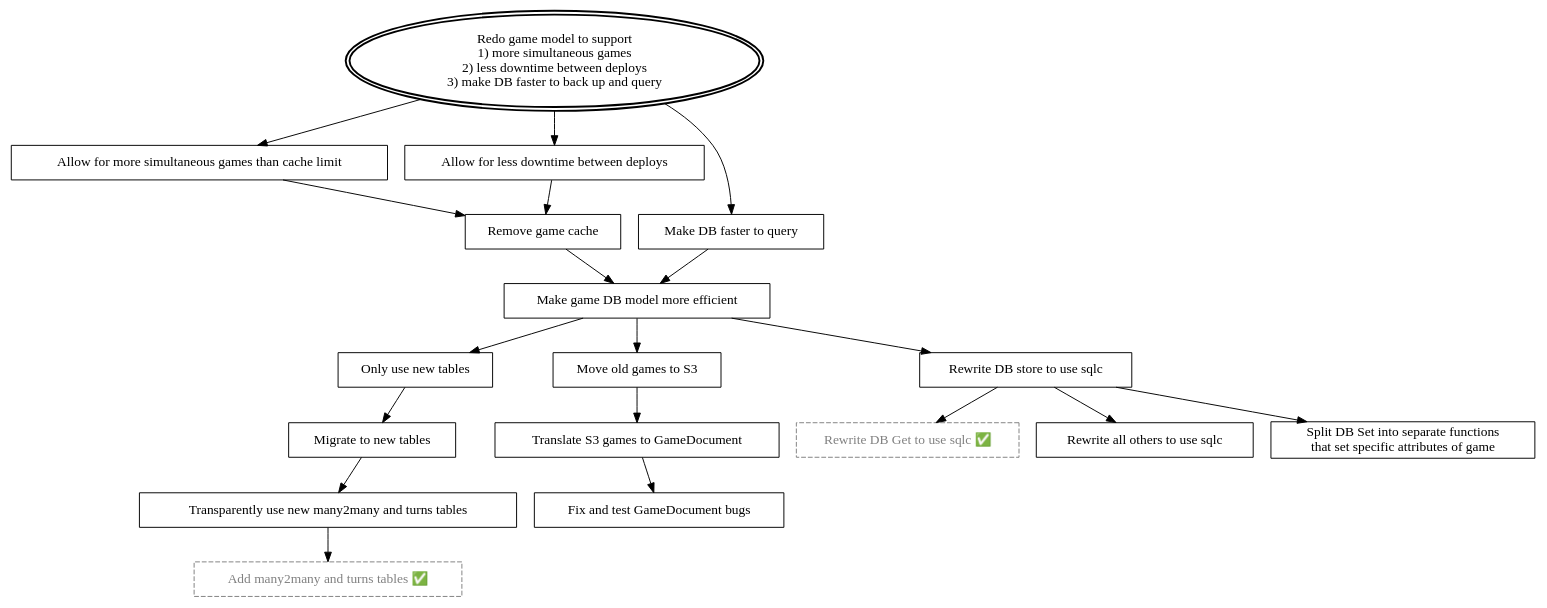
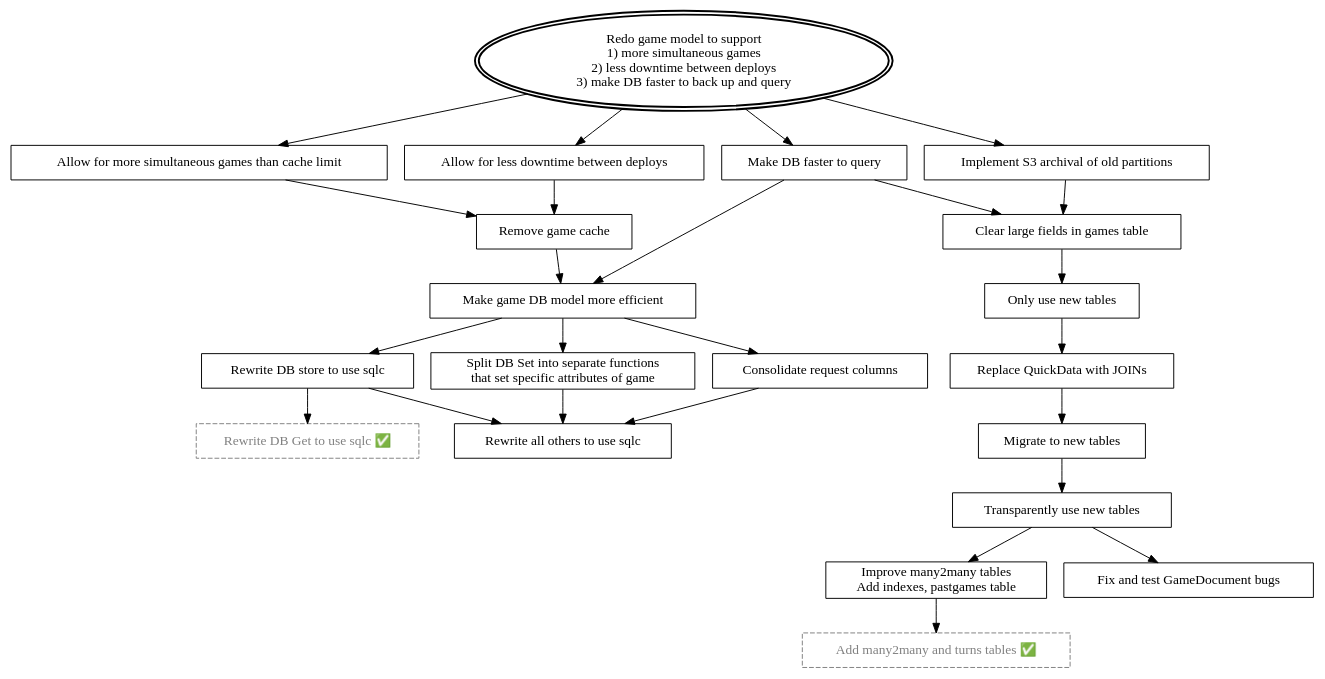
One commit to woogles-io/liwords changed the diagram in docs/mikado/remove-game-caches.dot. Above: the diagram before and after it, drawn with Graphviz. The commit also changed 32 other files, not shown here.

```diff
--- a/docs/mikado/remove-game-caches.dot
+++ b/docs/mikado/remove-game-caches.dot
@@ -1,52 +1,63 @@
 digraph RedoGameModel {
     Goal [label="Redo game model to support\n1) more simultaneous games\n2) less downtime between deploys\n3) make DB faster to back up and query";
     shape=oval, peripheries=2, style=bold];
 
     // Define a reusable style for "checked nodes"  ✅
     node [shape=box, color=gray, fontcolor=gray, style=dashed];
     DBGet [label="Rewrite DB Get to use sqlc ✅"];
     AddOtherTables [label="Add many2many and turns tables ✅"];
 
     // Reset to default for other uncompleted nodes
     node [shape=box, color=black, fontcolor=black, style=solid];
 
     MoreSimultaneousGames [label="Allow for more simultaneous games than cache limit"];
     LessDowntimeBetweenDeploys [label="Allow for less downtime between deploys"];
     MakeDBFaster [label="Make DB faster to query"];
 
-
+    ImproveOtherTables [label="Improve many2many tables\nAdd indexes, pastgames table"];
     OnlyUseOtherTables [label="Only use new tables"];
     MigrateToNewTables [label="Migrate to new tables"];
-    UseOtherTables [label="Transparently use new many2many and turns tables"];
+    UseOtherTables [label="Transparently use new tables"];
     RemoveGameCache [label="Remove game cache"];
     EfficientTable [label="Make game DB model more efficient"];
-    OldGamesInS3 [label="Move old games to S3"];
-    TranslateToGameDocument [label="Translate S3 games to GameDocument"];
+
     FixGameDocumentBugs [label="Fix and test GameDocument bugs"];
     SQLCDBStore [label="Rewrite DB store to use sqlc"];
     SQLCOtherFuncs [label="Rewrite all others to use sqlc"];
     DBSetSplit [label="Split DB Set into separate functions\nthat set specific attributes of game"];
 
+    ConsolidateRequestColumns [label="Consolidate request columns"];
+    ReplaceQuickData [label="Replace QuickData with JOINs"];
+
+    ClearLargeFields [label="Clear large fields in games table"];
+    ImplementS3Archival [label="Implement S3 archival of old partitions"];
     // Arrows
     Goal -> MoreSimultaneousGames;
     Goal -> LessDowntimeBetweenDeploys;
     Goal -> MakeDBFaster;
+    Goal -> ImplementS3Archival;
 
     MoreSimultaneousGames -> RemoveGameCache;
     LessDowntimeBetweenDeploys -> RemoveGameCache;
     MakeDBFaster -> EfficientTable;
 
     RemoveGameCache -> EfficientTable;
-    EfficientTable-> OnlyUseOtherTables;
-    OnlyUseOtherTables -> MigrateToNewTables;
+    OnlyUseOtherTables -> ReplaceQuickData;
+    ReplaceQuickData -> MigrateToNewTables;
+
     MigrateToNewTables -> UseOtherTables;
+    ImproveOtherTables -> AddOtherTables;
     EfficientTable -> SQLCDBStore;
-    EfficientTable -> OldGamesInS3;
-    OldGamesInS3 -> TranslateToGameDocument;
-    TranslateToGameDocument -> FixGameDocumentBugs;
-    UseOtherTables -> AddOtherTables;
+    EfficientTable -> DBSetSplit;
+    DBSetSplit -> SQLCOtherFuncs;
+    UseOtherTables -> ImproveOtherTables;
+    UseOtherTables -> FixGameDocumentBugs;
     SQLCDBStore -> DBGet;
-    SQLCDBStore -> DBSetSplit;
     SQLCDBStore -> SQLCOtherFuncs;
+    ConsolidateRequestColumns -> SQLCOtherFuncs;
+    EfficientTable -> ConsolidateRequestColumns;
+    MakeDBFaster -> ClearLargeFields;
+    ClearLargeFields -> OnlyUseOtherTables;
+    ImplementS3Archival -> ClearLargeFields;
 
 }
```
